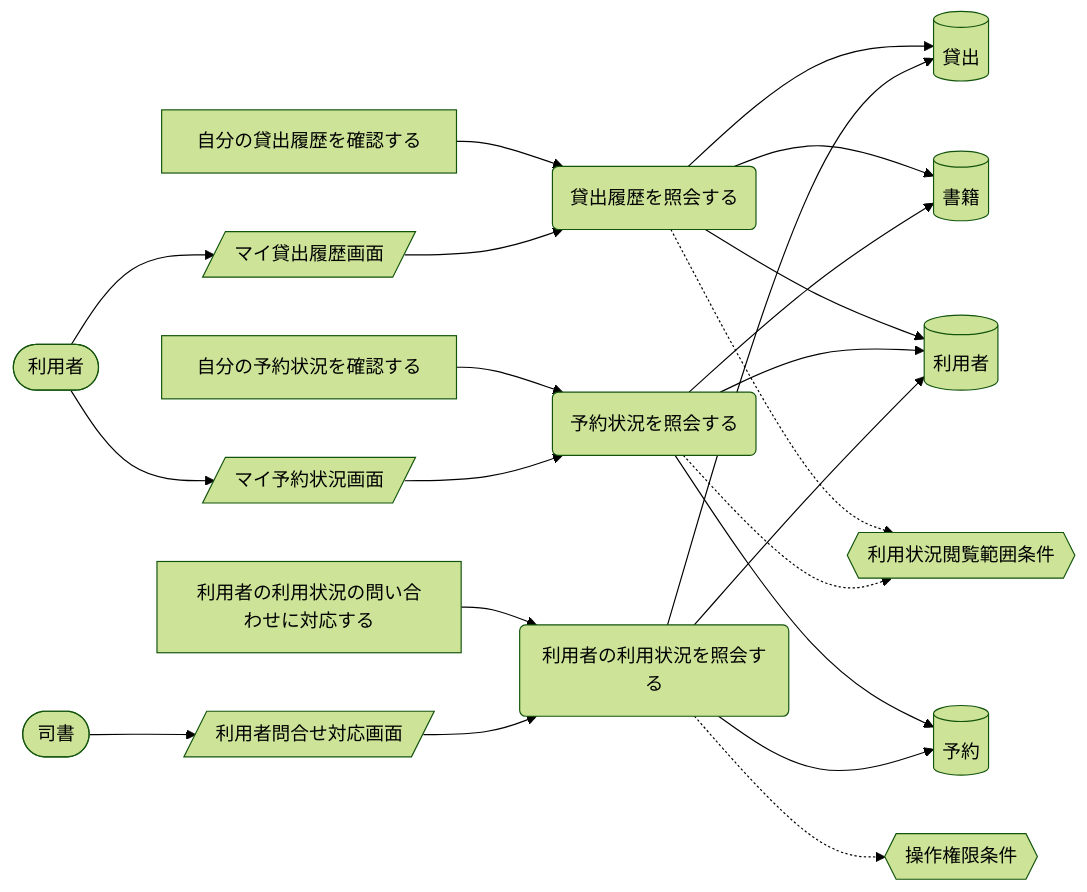
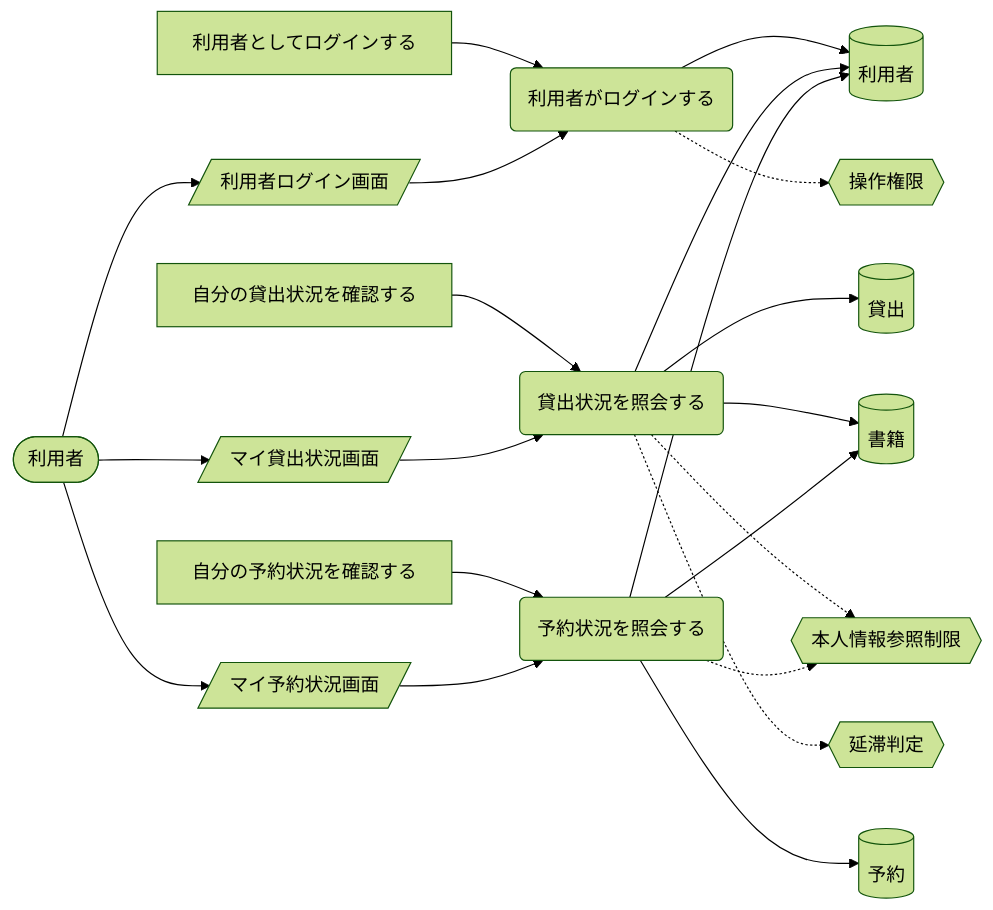
Before and after one commit to suwa-sh/suwa-sh-claude-plugins: the tenth of 11 diagrams in samples/distillery2/library-loan/docs/requirements/rdra/views/04_UC複合図.md, drawn with Mermaid (forest theme). The commit also changed other lines of this file and 249 other files, not shown here.

````diff
--- a/samples/distillery2/library-loan/docs/requirements/rdra/views/04_UC複合図.md
+++ b/samples/distillery2/library-loan/docs/requirements/rdra/views/04_UC複合図.md
@@ -461,41 +362,40 @@
 ```mermaid
 graph LR
-  UC1("貸出履歴を照会する")
-  AT1["自分の貸出履歴を確認する"]
-  IF1[("貸出")]
-  IF2[("書籍")]
-  IF3[("利用者")]
-  CD1{{"利用状況閲覧範囲条件"}}
-  SC1[/"マイ貸出履歴画面"/]
+  UC1("利用者がログインする")
+  AT1["利用者としてログインする"]
+  IF1[("利用者")]
+  CD1{{"操作権限"}}
+  SC1[/"利用者ログイン画面"/]
   AC1(["利用者"])
-  UC2("予約状況を照会する")
-  AT2["自分の予約状況を確認する"]
+  UC2("貸出状況を照会する")
+  AT2["自分の貸出状況を確認する"]
+  IF2[("貸出")]
+  IF3[("書籍")]
+  CD2{{"本人情報参照制限"}}
+  CD3{{"延滞判定"}}
+  SC2[/"マイ貸出状況画面"/]
+  UC3("予約状況を照会する")
+  AT3["自分の予約状況を確認する"]
   IF4[("予約")]
-  SC2[/"マイ予約状況画面"/]
-  UC3("利用者の利用状況を照会する")
-  AT3["利用者の利用状況の問い合わせに対応する"]
-  CD2{{"操作権限条件"}}
-  SC3[/"利用者問合せ対応画面"/]
-  AC2(["司書"])
+  SC3[/"マイ予約状況画面"/]
   AT1 --> UC1
   UC1 --> IF1
-  UC1 --> IF2
-  UC1 --> IF3
   UC1 -.-> CD1
   AC1 --> SC1
   SC1 --> UC1
   AT2 --> UC2
-  UC2 --> IF4
   UC2 --> IF2
+  UC2 --> IF1
   UC2 --> IF3
-  UC2 -.-> CD1
+  UC2 -.-> CD2
+  UC2 -.-> CD3
   AC1 --> SC2
   SC2 --> UC2
   AT3 --> UC3
+  UC3 --> IF4
+  UC3 --> IF1
   UC3 --> IF3
-  UC3 --> IF1
-  UC3 --> IF4
   UC3 -.-> CD2
-  AC2 --> SC3
+  AC1 --> SC3
   SC3 --> UC3
 ```
````
